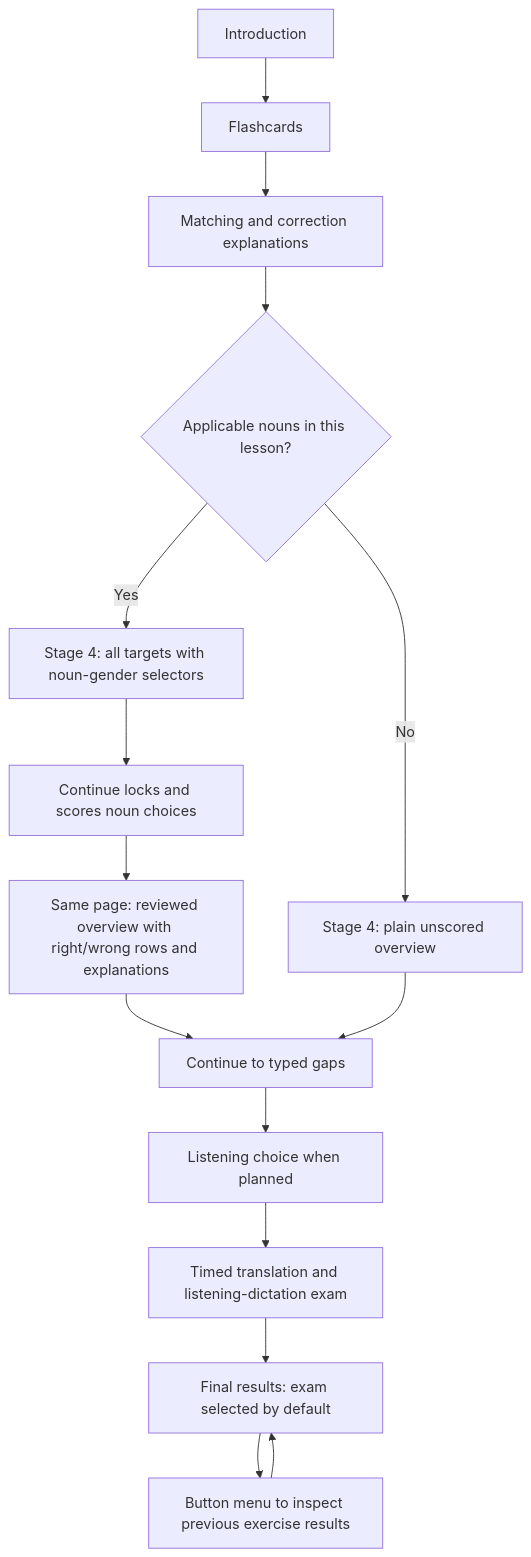
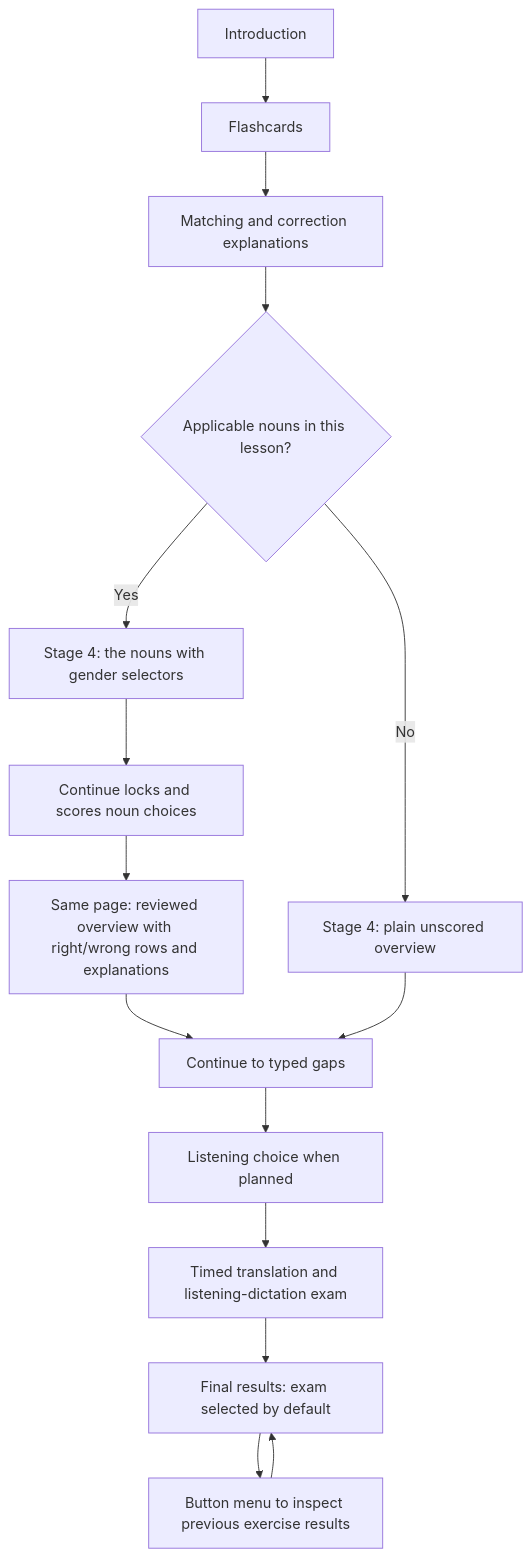
The third of 46 diagrams in docs/SPEC.md (bastian-schnitzler/lesson_prototype), drawn with Mermaid before and after one commit. The commit also changed other lines of this file and 19 other files, not shown here.

First line of the commit message:
P06-00: feedback page, result colours, no theory score, noun-only gender page

````diff
--- a/docs/SPEC.md
+++ b/docs/SPEC.md
@@ -726,17 +728,17 @@
 ```mermaid
 flowchart TD
     A[Introduction] --> B[Flashcards]
     B --> C[Matching and correction explanations]
     C --> D{Applicable nouns in this lesson?}
-    D -->|Yes| E[Stage 4: all targets with noun-gender selectors]
+    D -->|Yes| E[Stage 4: the nouns with gender selectors]
     E --> F[Continue locks and scores noun choices]
     F --> G[Same page: reviewed overview with right/wrong rows and explanations]
     D -->|No| H[Stage 4: plain unscored overview]
     G --> I[Continue to typed gaps]
     H --> I
     I --> I2[Listening choice when planned]
     I2 --> J[Timed translation and listening-dictation exam]
     J --> K[Final results: exam selected by default]
     K --> L[Button menu to inspect previous exercise results]
     L --> K
 ```
````
